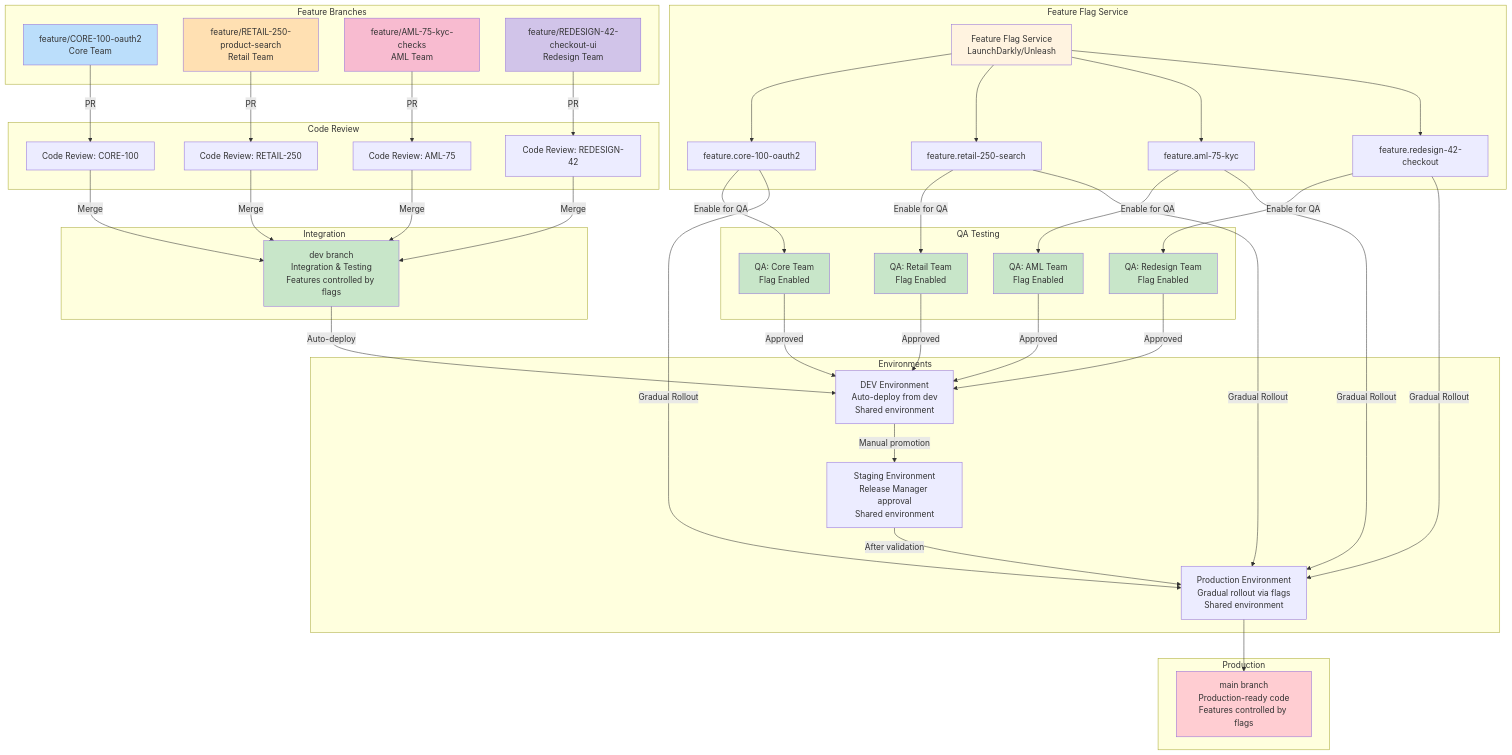
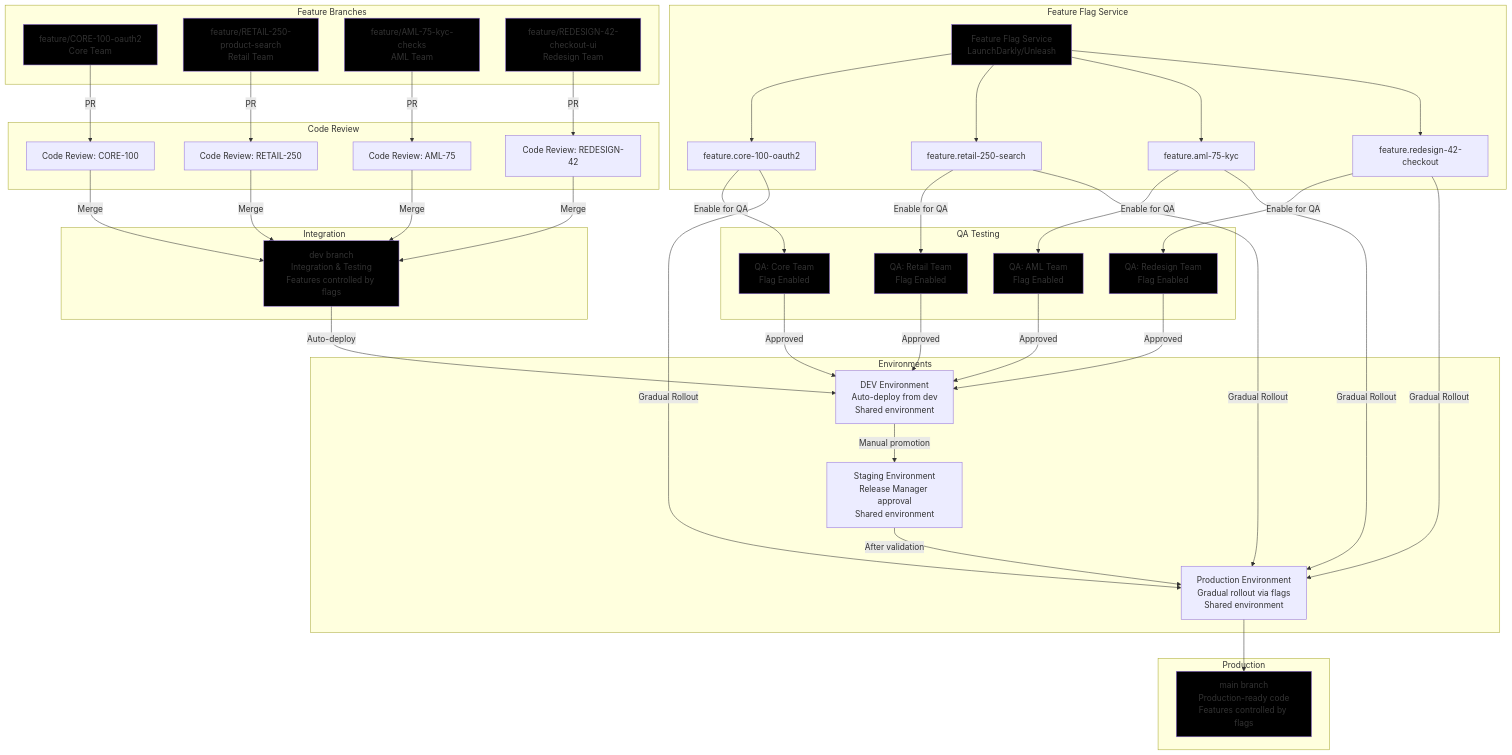
One commit to recferret-bit/finharbor changed the eighth of 8 diagrams in index.md. Above: the diagram before and after it, drawn with Mermaid. The commit also changed other lines of this file and 1 other file, not shown here.

Commit message:
Refactor: Set all flowchart node styles to black

````diff
--- a/index.md
+++ b/index.md
@@ -2145,15 +2145,15 @@
     FF_AML -->|Gradual Rollout| ENV_PROD
     FF_REDESIGN -->|Gradual Rollout| ENV_PROD
     
-    style MAIN fill:#ffcdd2
-    style DEV fill:#c8e6c9
-    style CORE fill:#bbdefb
-    style RETAIL fill:#ffe0b2
-    style AML fill:#f8bbd0
-    style REDESIGN fill:#d1c4e9
-    style FF_SERVICE fill:#fff3e0
-    style QA_CORE fill:#c8e6c9
-    style QA_RETAIL fill:#c8e6c9
-    style QA_AML fill:#c8e6c9
-    style QA_REDESIGN fill:#c8e6c9
+    style MAIN fill:#000000
+    style DEV fill:#000000
+    style CORE fill:#000000
+    style RETAIL fill:#000000
+    style AML fill:#000000
+    style REDESIGN fill:#000000
+    style FF_SERVICE fill:#000000
+    style QA_CORE fill:#000000
+    style QA_RETAIL fill:#000000
+    style QA_AML fill:#000000
+    style QA_REDESIGN fill:#000000
 ```
````
